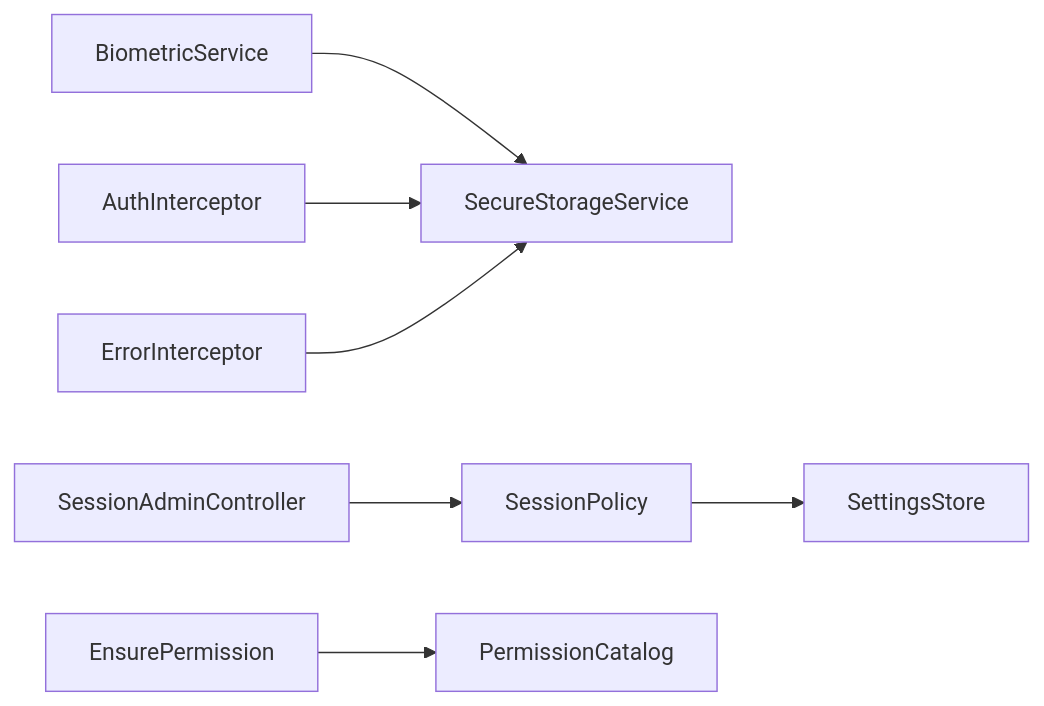
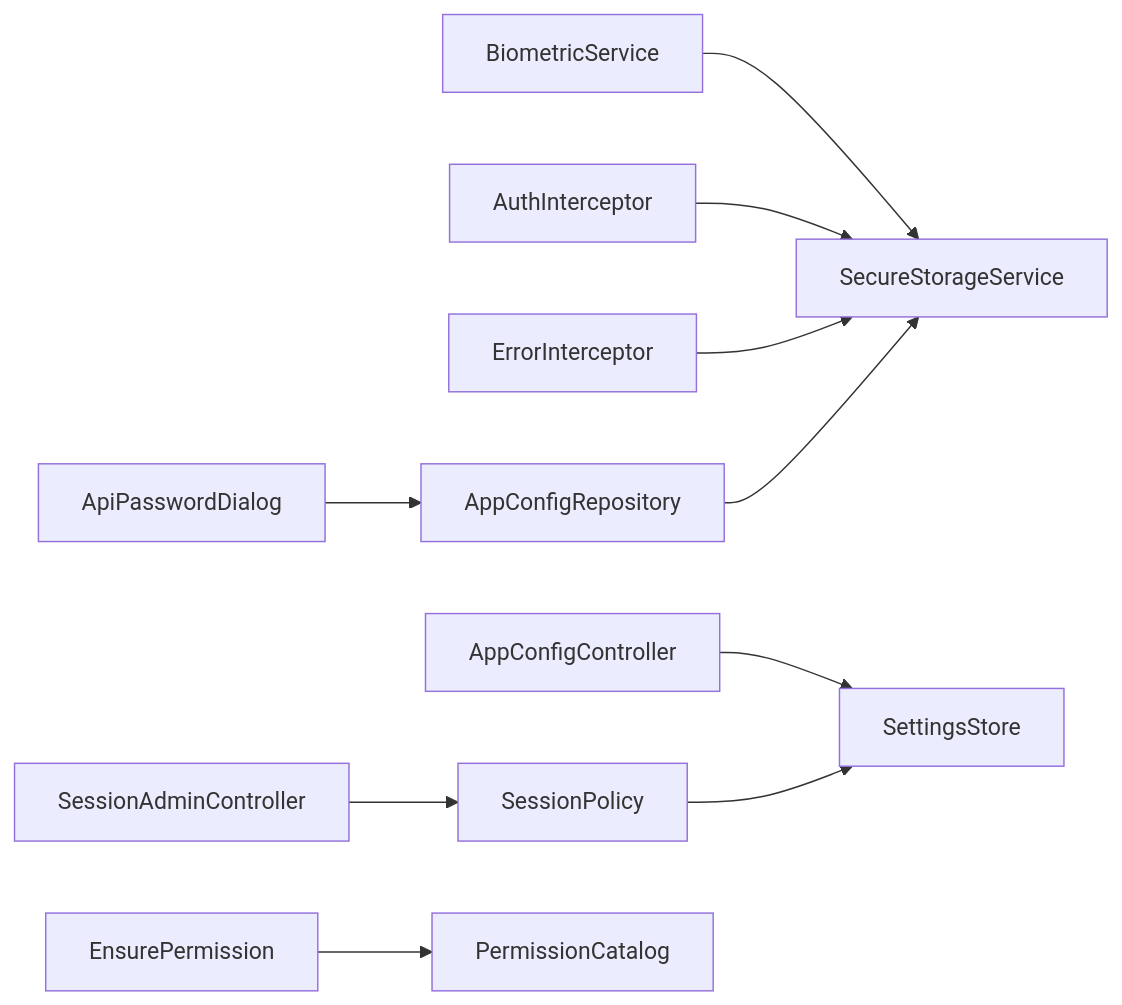
Before and after one commit to Aporaad/ky_apps: the tenth of 10 diagrams in .qoder/repowiki/en/content/Frontend Development Guide/Feature Modules/Settings Module/Security Settings.md, drawn with Mermaid. The commit also changed other lines of this file and 58 other files, not shown here.

````diff
--- a/.qoder/repowiki/en/content/Frontend Development Guide/Feature Modules/Settings Module/Security Settings.md
+++ b/.qoder/repowiki/en/content/Frontend Development Guide/Feature Modules/Settings Module/Security Settings.md
@@ -383,9 +521,12 @@
 ```mermaid
 graph LR
 BS["BiometricService"] --> SS["SecureStorageService"]
 AI["AuthInterceptor"] --> SS
 EI["ErrorInterceptor"] --> SS
+APD["ApiPasswordDialog"] --> ACR["AppConfigRepository"]
+ACR --> SS
+ACC["AppConfigController"] --> ST["SettingsStore"]
 SA["SessionAdminController"] --> SP["SessionPolicy"]
 EP["EnsurePermission"] --> PC["PermissionCatalog"]
-SP --> ST["SettingsStore"]
+SP --> ST
 ```
````
